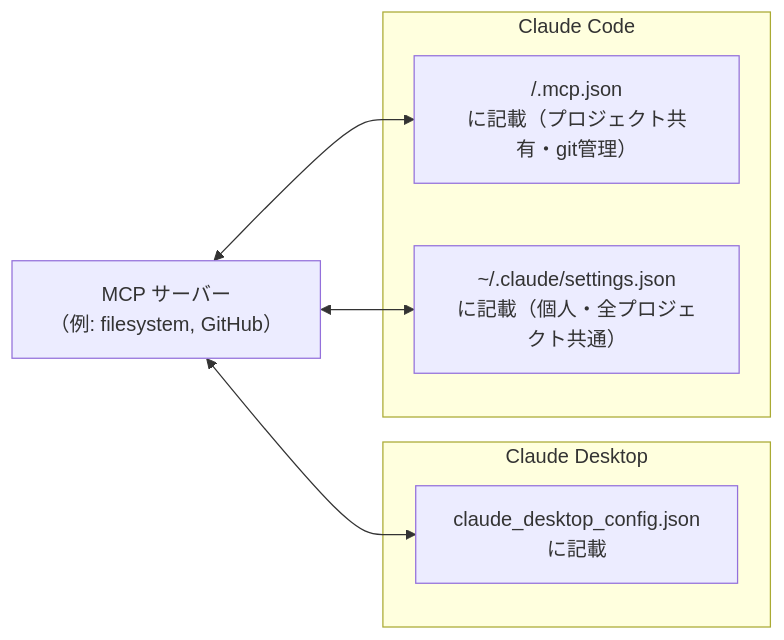
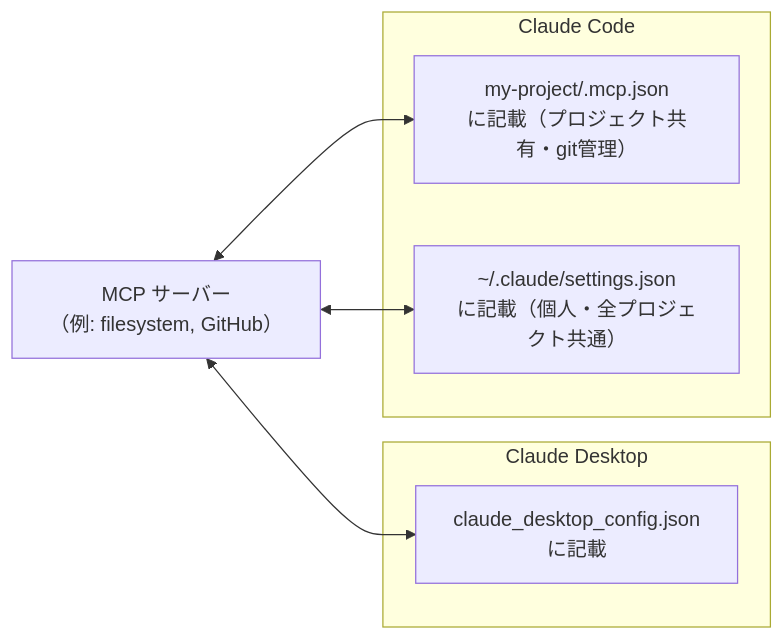
Before and after one commit to zabaot/claude-project-template: the seventh of 7 diagrams in README.md, drawn with Mermaid. The commit also changed other lines of this file, not shown here.

Commit message:
Fix Mermaid diagrams: replace <project>/ with my-project/, remove GitHub username from node

````diff
--- a/README.md
+++ b/README.md
@@ -313,17 +313,17 @@
 ```mermaid
 graph LR
     MCP["MCP サーバー\n（例: filesystem, GitHub）"]
 
     subgraph desktop["Claude Desktop"]
         DC["claude_desktop_config.json\nに記載"]
     end
 
     subgraph code["Claude Code"]
-        PC["<project>/.mcp.json\nに記載（プロジェクト共有・git管理）"]
+        PC["my-project/.mcp.json\nに記載（プロジェクト共有・git管理）"]
         UC["~/.claude/settings.json\nに記載（個人・全プロジェクト共通）"]
     end
 
     MCP <--> DC
     MCP <--> PC
     MCP <--> UC
 ```
````
